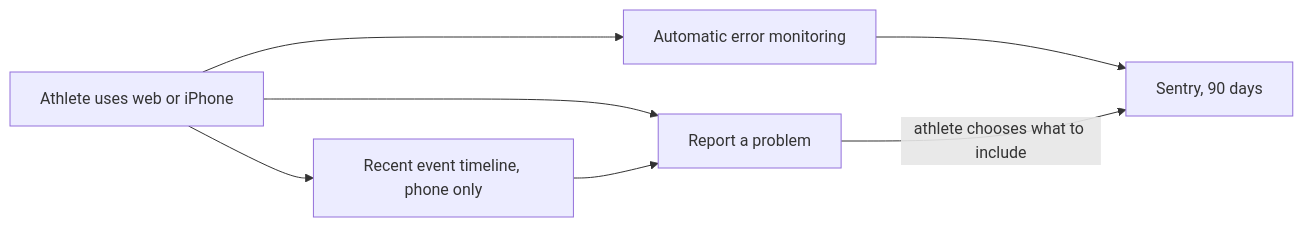
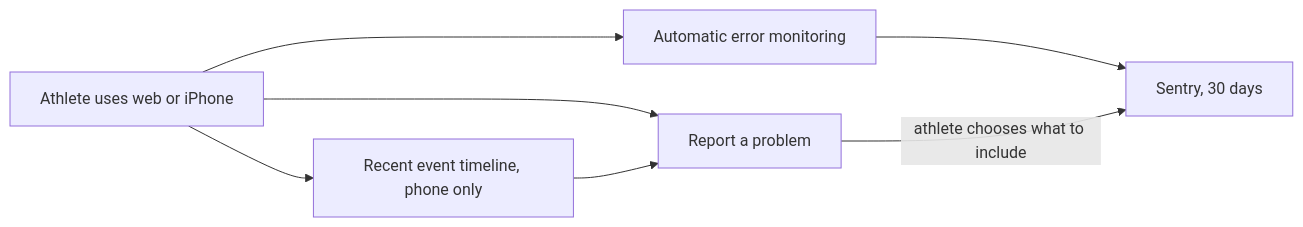
The first of 2 diagrams in docs/plans/ops-observability-rage-reports.md (sibling-shipyard/coach-hq), drawn with Mermaid before and after one commit. The commit also changed other lines of this file and 2 other files, not shown here.

First line of the commit message:
core: correct Sentry retention to 30 days on the Developer plan (#585)

````diff
--- a/docs/plans/ops-observability-rage-reports.md
+++ b/docs/plans/ops-observability-rage-reports.md
@@ -14,9 +14,9 @@
 ```mermaid
 flowchart LR
   U["Athlete uses web or iPhone"] --> M["Automatic error monitoring"]
-  M --> S["Sentry, 90 days"]
+  M --> S["Sentry, 30 days"]
   U --> P["Recent event timeline, phone only"]
   U --> R["Report a problem"]
   P --> R
   R -->|athlete chooses what to include| S
 ```
````
